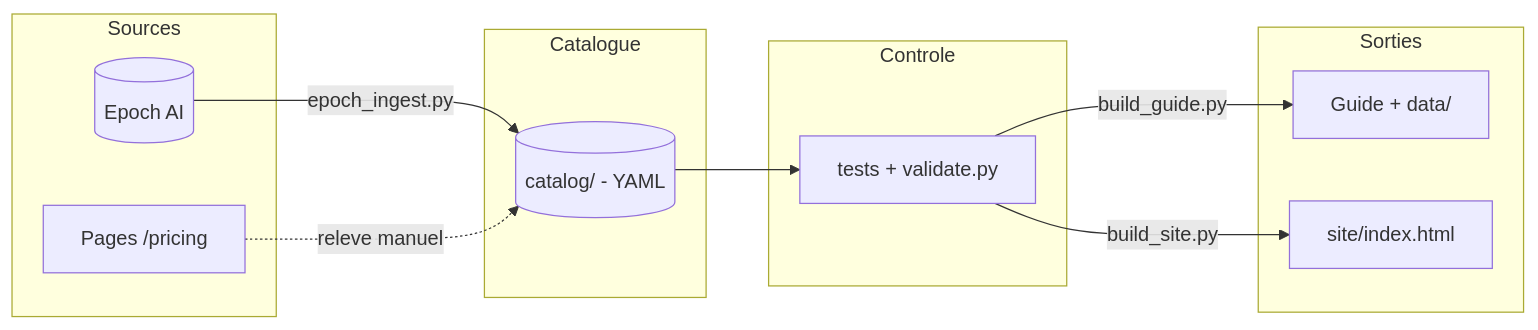
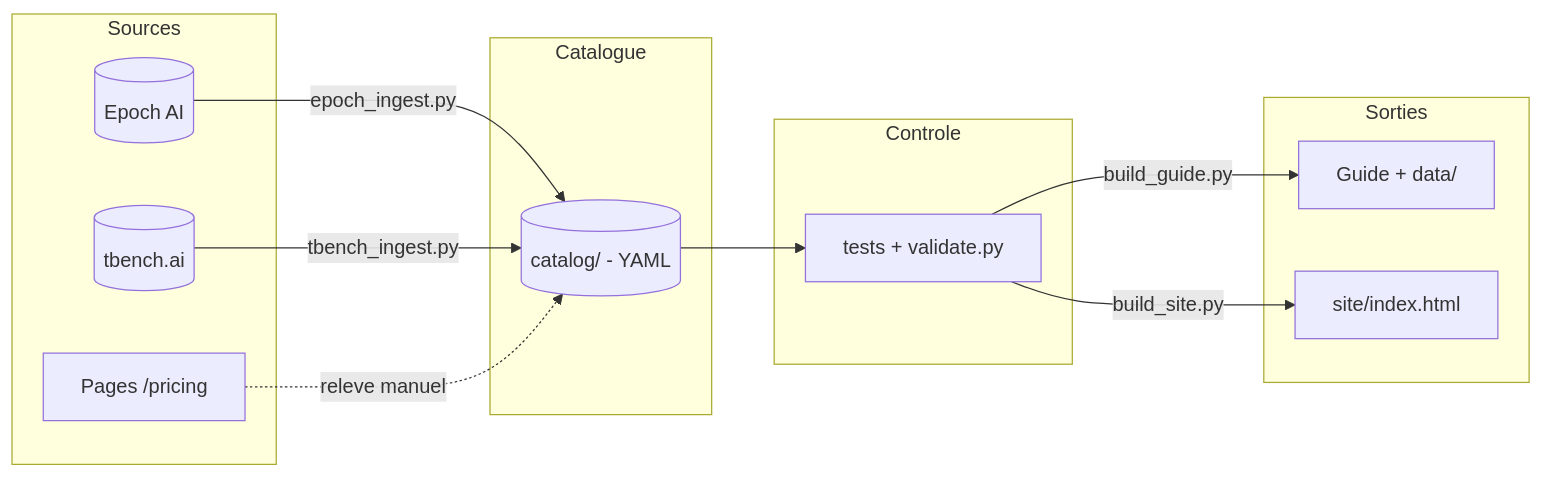
Before and after one commit to floSa/tandem-ai: the diagram in README.md, drawn with Mermaid. The commit also changed other lines of this file and 29 other files, not shown here.

````diff
--- a/README.md
+++ b/README.md
@@ -36,22 +36,24 @@
 ```mermaid
 flowchart LR
   subgraph Sources
     ep[(Epoch AI)]
+    tb[(tbench.ai)]
     pr[Pages /pricing]
   end
   subgraph Catalogue
     cat[(catalog/ - YAML)]
   end
   subgraph Controle
     vl[tests + validate.py]
   end
   subgraph Sorties
     gd[Guide + data/]
     st[site/index.html]
   end
   ep -->|epoch_ingest.py| cat
+  tb -->|tbench_ingest.py| cat
   pr -.releve manuel.-> cat
   cat --> vl
   vl -->|build_guide.py| gd
   vl -->|build_site.py| st
 ```
````
